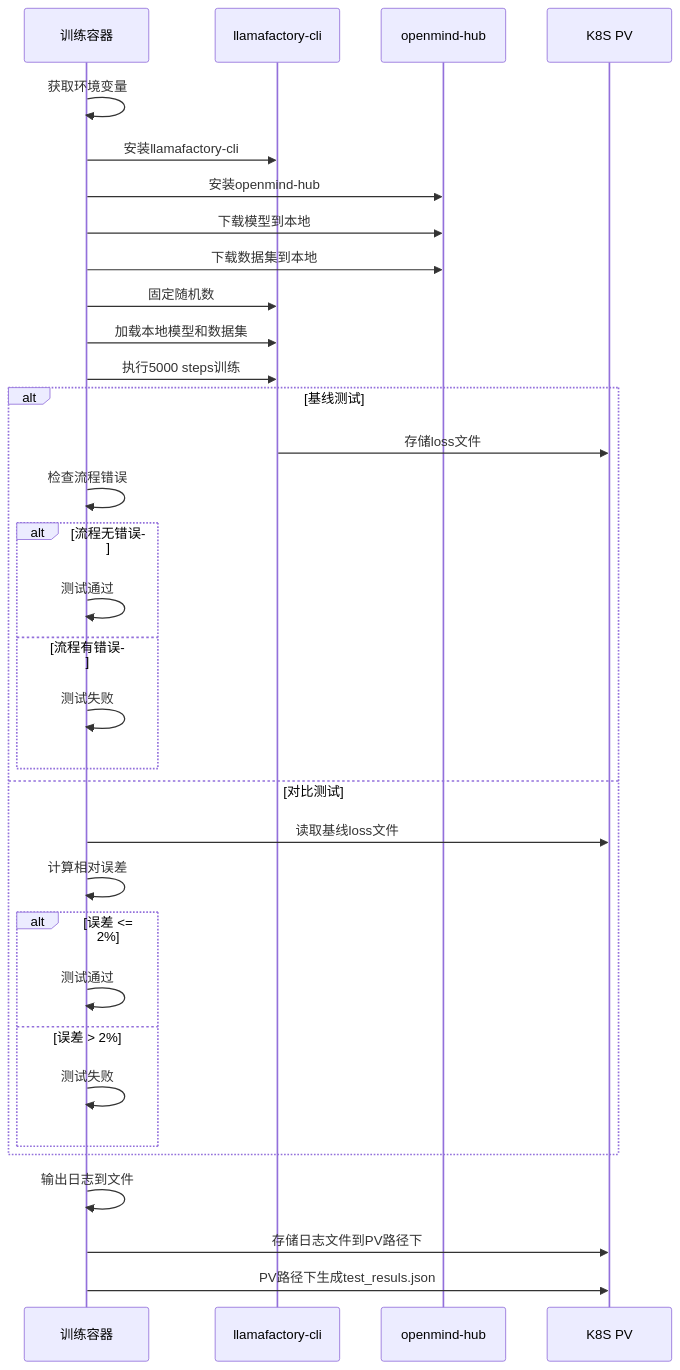
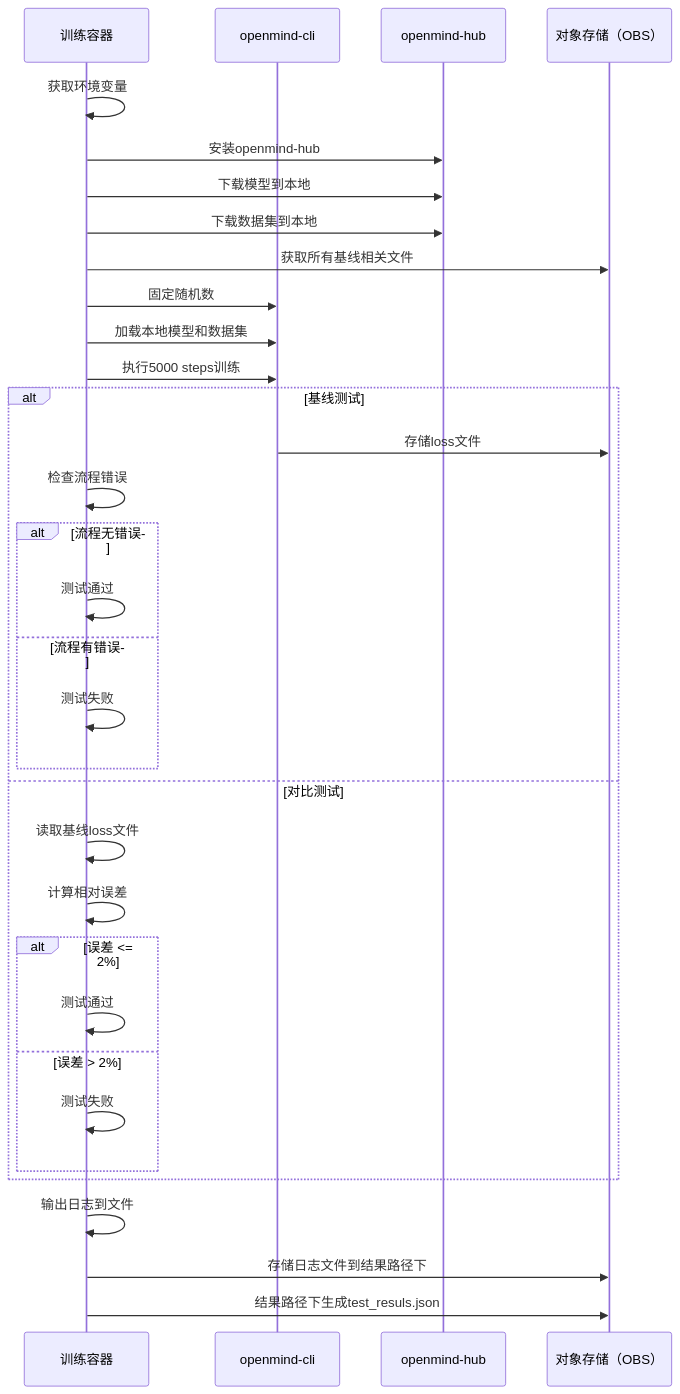
One commit to pillumina/design-proposal changed diagram 12 of 17 in 模型精度性能测试自动化.md. Above: the diagram before and after it, drawn with Mermaid. The commit also changed other lines of this file, not shown here.

````diff
--- a/模型精度性能测试自动化.md
+++ b/模型精度性能测试自动化.md
@@ -1545,36 +1536,36 @@
 ```mermaid
 sequenceDiagram
     participant Container as 训练容器
-    participant CLI as llamafactory-cli
+    participant CLI as openmind-cli
     participant Hub as openmind-hub
-    participant Storage as K8S PV
+    participant Storage as 对象存储（OBS）
 
     Container ->> Container: 获取环境变量
-    Container ->> CLI: 安装llamafactory-cli
     Container ->> Hub: 安装openmind-hub
     Container ->> Hub: 下载模型到本地
     Container ->> Hub: 下载数据集到本地
+    Container ->> Storage: 获取所有基线相关文件
     Container ->> CLI: 固定随机数
     Container ->> CLI: 加载本地模型和数据集
     Container ->> CLI: 执行5000 steps训练
     alt 基线测试
         CLI ->> Storage: 存储loss文件
         Container ->> Container: 检查流程错误
         alt 流程无错误
             Container ->> Container: 测试通过
         else 流程有错误
             Container ->> Container: 测试失败
         end
     else 对比测试
-        Container ->> Storage: 读取基线loss文件
+        Container ->> Container: 读取基线loss文件
         Container ->> Container: 计算相对误差
         alt 误差 <= 2%
             Container ->> Container: 测试通过
         else 误差 > 2%
             Container ->> Container: 测试失败
         end
     end
     Container ->> Container: 输出日志到文件
-    Container ->> Storage: 存储日志文件到PV路径下
-    Container ->> Storage: PV路径下生成test_resuls.json
+    Container ->> Storage: 存储日志文件到结果路径下
+    Container ->> Storage: 结果路径下生成test_resuls.json
 ```
````
